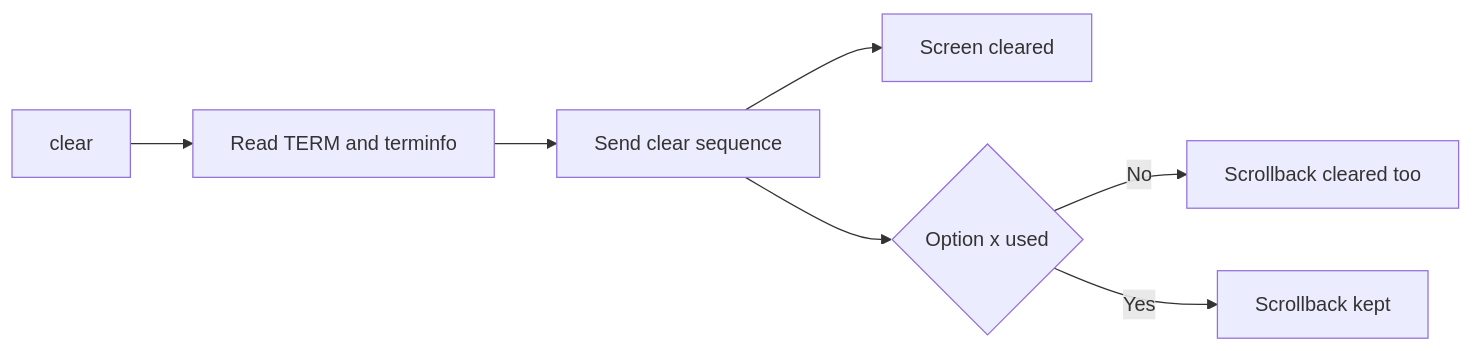
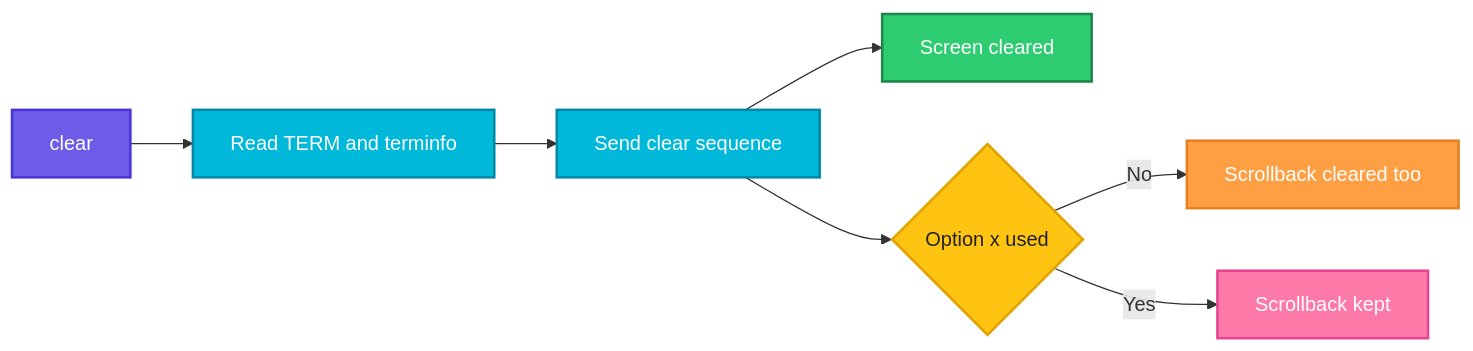
Before and after one commit to codeKerdosTech/DevOps-Documentation: the diagram in linux/shell-basics/clear.md, drawn with Mermaid. The commit also changed 16 other files, not shown here.

````diff
--- a/linux/shell-basics/clear.md
+++ b/linux/shell-basics/clear.md
@@ -14,9 +14,22 @@
 ```mermaid
 flowchart LR
     A[clear] --> B[Read TERM and terminfo]
     B --> C[Send clear sequence]
     C --> D[Screen cleared]
     C --> E{Option x used}
     E -->|No| F[Scrollback cleared too]
     E -->|Yes| G[Scrollback kept]
+    classDef start fill:#6C5CE7,stroke:#4834D4,stroke-width:2px,color:#fff
+    classDef proc fill:#00B8D9,stroke:#0087A8,stroke-width:2px,color:#fff
+    classDef dec fill:#FFC312,stroke:#E1A100,stroke-width:2px,color:#222
+    classDef ok fill:#2ECC71,stroke:#1E8449,stroke-width:2px,color:#fff
+    classDef err fill:#FF4757,stroke:#C0392B,stroke-width:2px,color:#fff
+    classDef out fill:#FD79A8,stroke:#E84393,stroke-width:2px,color:#fff
+    classDef alt fill:#FF9F43,stroke:#E67E22,stroke-width:2px,color:#fff
+    class A start
+    class B,C proc
+    class D ok
+    class E dec
+    class F alt
+    class G out
 ```
````
